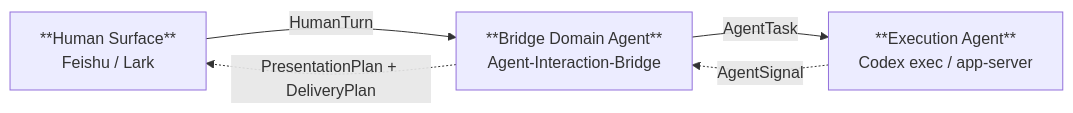
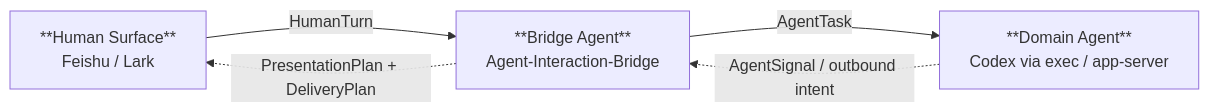
The first of 3 diagrams in README.md (cloudsbeyond/agent-interaction-bridge), drawn with Mermaid before and after one commit. The commit also changed other lines of this file and 89 other files, not shown here.

First line of the commit message:
feat: formalize bounded domain-agent interaction (#4)

````diff
--- a/README.md
+++ b/README.md
@@ -20,10 +21,10 @@
 ```mermaid
 flowchart LR
   user["**Human Surface**<br/>Feishu / Lark"]
-  bridge["**Bridge Domain Agent**<br/>Agent-Interaction-Bridge"]
-  codex["**Execution Agent**<br/>Codex exec / app-server"]
+  bridge["**Bridge Agent**<br/>Agent-Interaction-Bridge"]
+  codex["**Domain Agent**<br/>Codex via exec / app-server"]
   user -->|"HumanTurn"| bridge
   bridge -->|"AgentTask"| codex
-  codex -. "AgentSignal" .-> bridge
+  codex -. "AgentSignal / outbound intent" .-> bridge
   bridge -. "PresentationPlan + DeliveryPlan" .-> user
 ```
````
